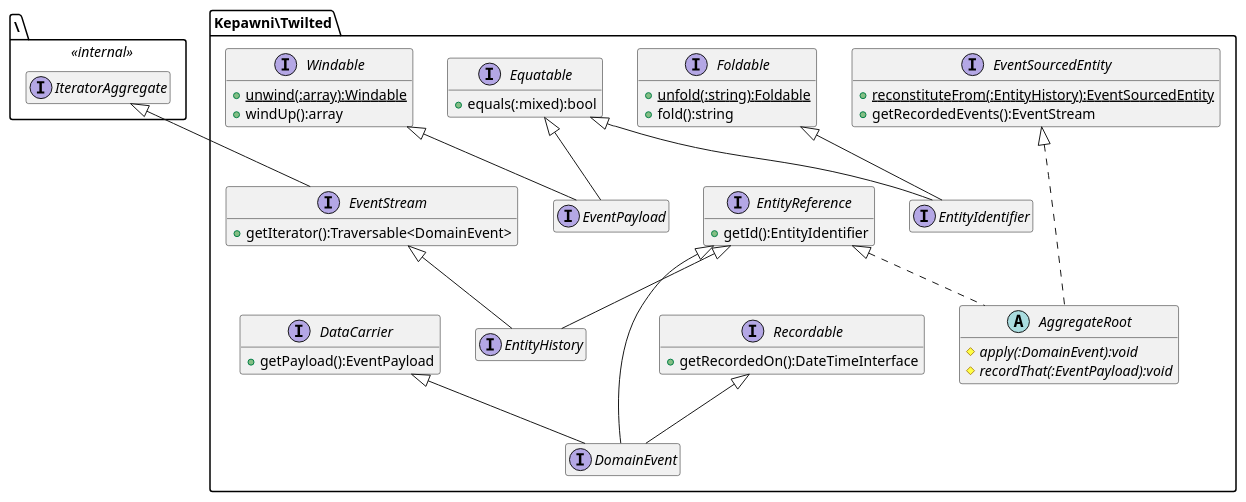
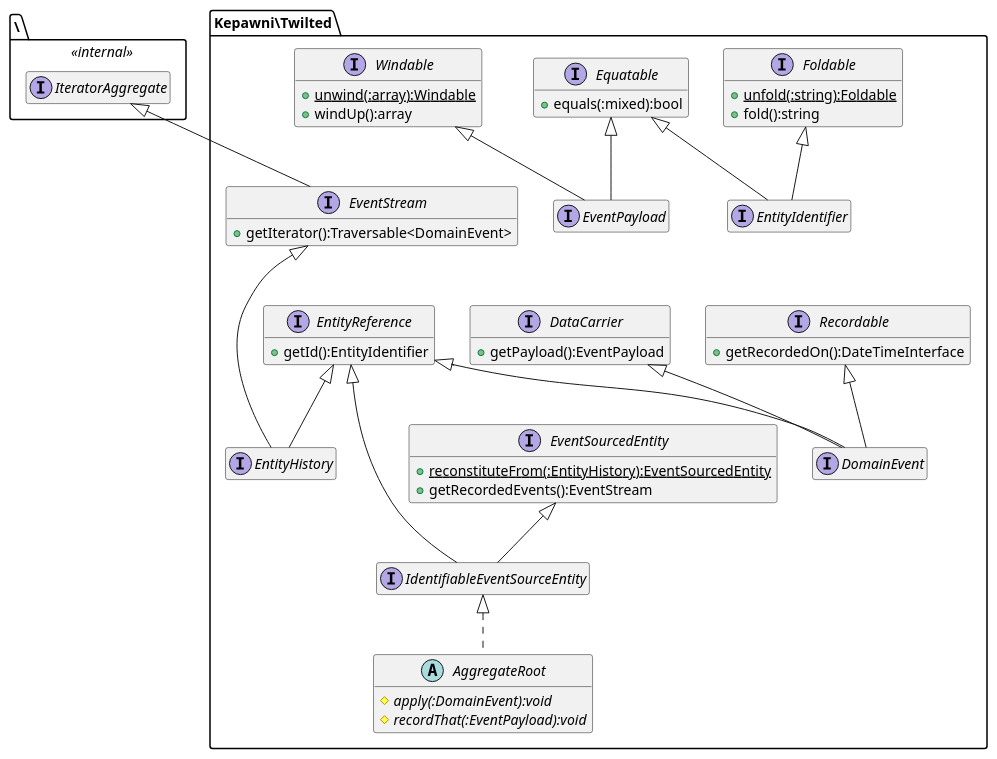
Before and after one commit to kepawni/twilted: the diagram in doc/structure.puml, drawn with PlantUML. The commit also changed 2 other files, not shown here.

Commit message:
Add a combo interface before AggregateRoot

```diff
--- a/doc/structure.puml
+++ b/doc/structure.puml
@@ -1,55 +1,59 @@
 @startuml
 hide empty members
 package \ <<internal>> {
     interface IteratorAggregate
 }
 package Kepawni\Twilted {
     abstract AggregateRoot {
         {abstract} #apply(:DomainEvent):void
         {abstract} #recordThat(:EventPayload):void
     }
     interface DataCarrier {
         +getPayload():EventPayload
     }
     interface DomainEvent
     interface EntityHistory
     interface EntityIdentifier
     interface EntityReference {
         +getId():EntityIdentifier
     }
     interface Equatable {
         +equals(:mixed):bool
     }
     interface EventPayload
     interface EventSourcedEntity {
         {static} +reconstituteFrom(:EntityHistory):EventSourcedEntity
         +getRecordedEvents():EventStream
     }
     interface EventStream {
         +getIterator():Traversable<DomainEvent>
     }
     interface Foldable {
         {static} +unfold(:string):Foldable
         +fold():string
     }
+    interface IdentifiableEventSourceEntity
     interface Recordable {
         +getRecordedOn():DateTimeInterface
     }
     interface Windable {
         {static} +unwind(:array):Windable
         +windUp():array
     }
-    EntityReference ^.. AggregateRoot
-    EventSourcedEntity ^... AggregateRoot
+    IdentifiableEventSourceEntity ^.. AggregateRoot
     DataCarrier ^-- DomainEvent
-    EntityReference ^--- DomainEvent
+    EntityReference ^-- DomainEvent
     Recordable ^-- DomainEvent
     EntityReference ^-- EntityHistory
-    EventStream ^-- EntityHistory
+    EventStream ^--- EntityHistory
     Equatable ^-- EntityIdentifier
     Foldable ^-- EntityIdentifier
     Equatable ^-- EventPayload
     Windable ^-- EventPayload
     IteratorAggregate ^-- EventStream
+    EntityReference ^--- IdentifiableEventSourceEntity
+    EventSourcedEntity ^-- IdentifiableEventSourceEntity
+
+    Windable -d[hidden]- EventStream
 }
 @enduml
```
